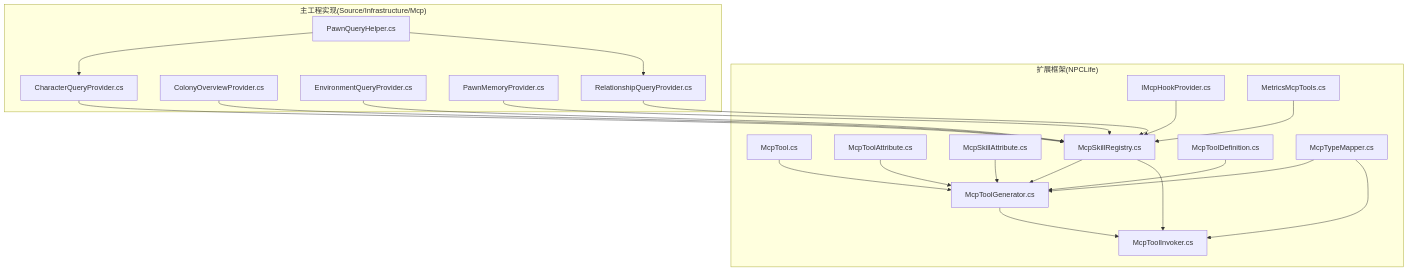
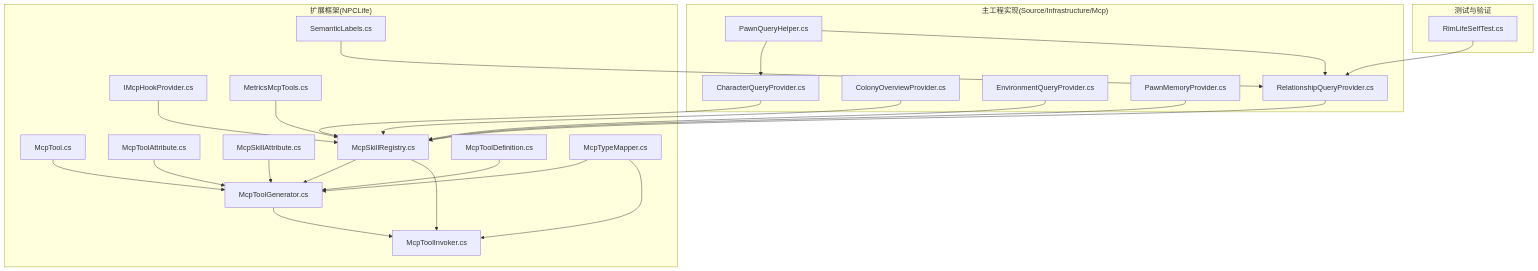
One commit to suzvka/RimLife changed the first of 6 diagrams in .qoder/repowiki/zh/content/MCP 工具协议.md. Above: the diagram before and after it, drawn with Mermaid. The commit also changed other lines of this file and 35 other files, not shown here.

````diff
--- a/.qoder/repowiki/zh/content/MCP 工具协议.md
+++ b/.qoder/repowiki/zh/content/MCP 工具协议.md
@@ -48,41 +59,47 @@
 ```mermaid
 graph TB
 subgraph "扩展框架(NPCLife)"
 A["IMcpHookProvider.cs"]
 B["McpTool.cs"]
 C["McpToolAttribute.cs"]
 D["McpSkillAttribute.cs"]
 E["McpSkillRegistry.cs"]
 F["McpToolDefinition.cs"]
 G["McpToolGenerator.cs"]
 H["McpToolInvoker.cs"]
 I["McpTypeMapper.cs"]
 J["MetricsMcpTools.cs"]
+K["SemanticLabels.cs"]
 end
 subgraph "主工程实现(Source/Infrastructure/Mcp)"
-K["CharacterQueryProvider.cs"]
-L["ColonyOverviewProvider.cs"]
-M["EnvironmentQueryProvider.cs"]
-N["PawnMemoryProvider.cs"]
-O["RelationshipQueryProvider.cs"]
-P["PawnQueryHelper.cs"]
+L["CharacterQueryProvider.cs"]
+M["ColonyOverviewProvider.cs"]
+N["EnvironmentQueryProvider.cs"]
+O["PawnMemoryProvider.cs"]
+P["RelationshipQueryProvider.cs"]
+Q["PawnQueryHelper.cs"]
+end
+subgraph "测试与验证"
+R["RimLifeSelfTest.cs"]
 end
 A --> E
 B --> G
 C --> G
 D --> G
 E --> G
 E --> H
 F --> G
 G --> H
 I --> G
 I --> H
 J --> E
-K --> E
+K --> P
 L --> E
 M --> E
 N --> E
 O --> E
-P --> K
-P --> O
+P --> E
+Q --> L
+Q --> P
+R --> P
 ```
````
